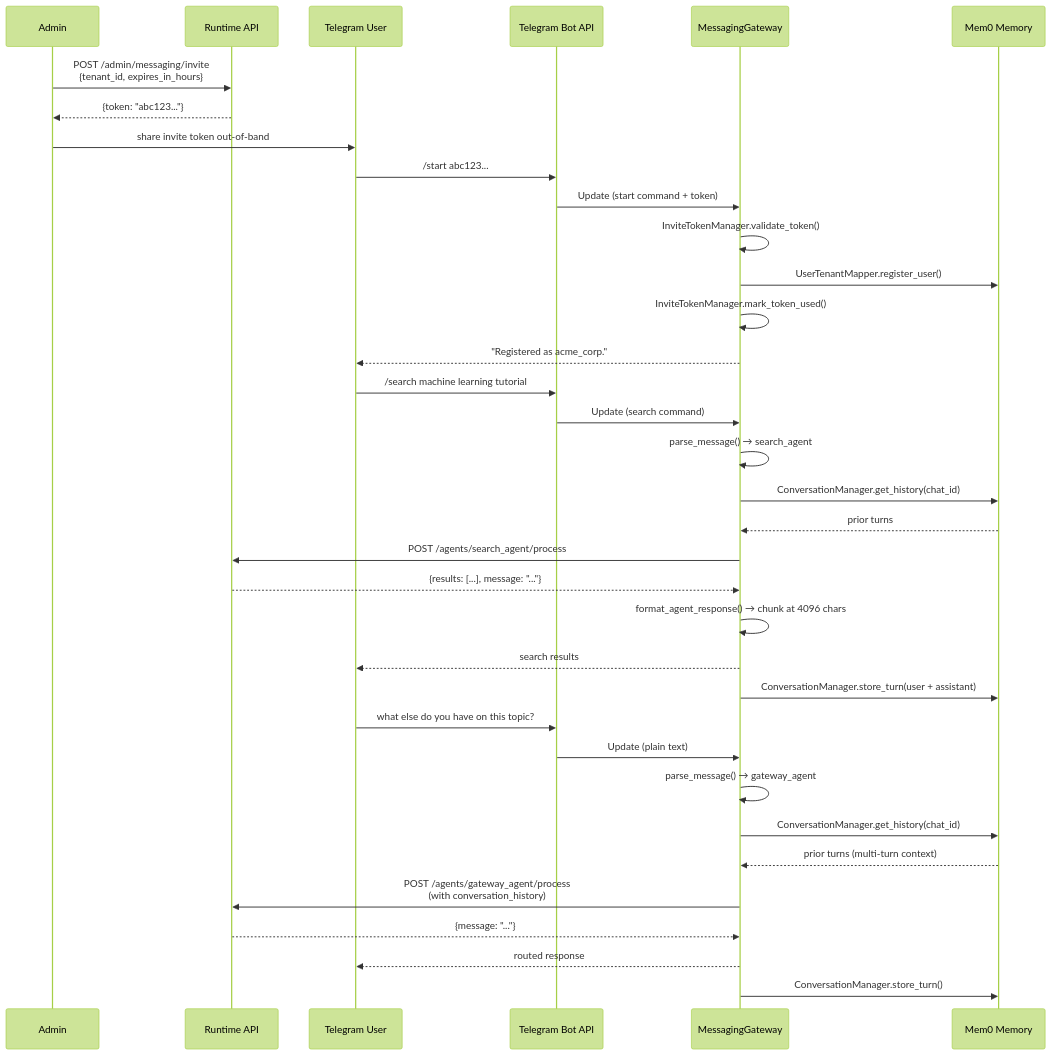
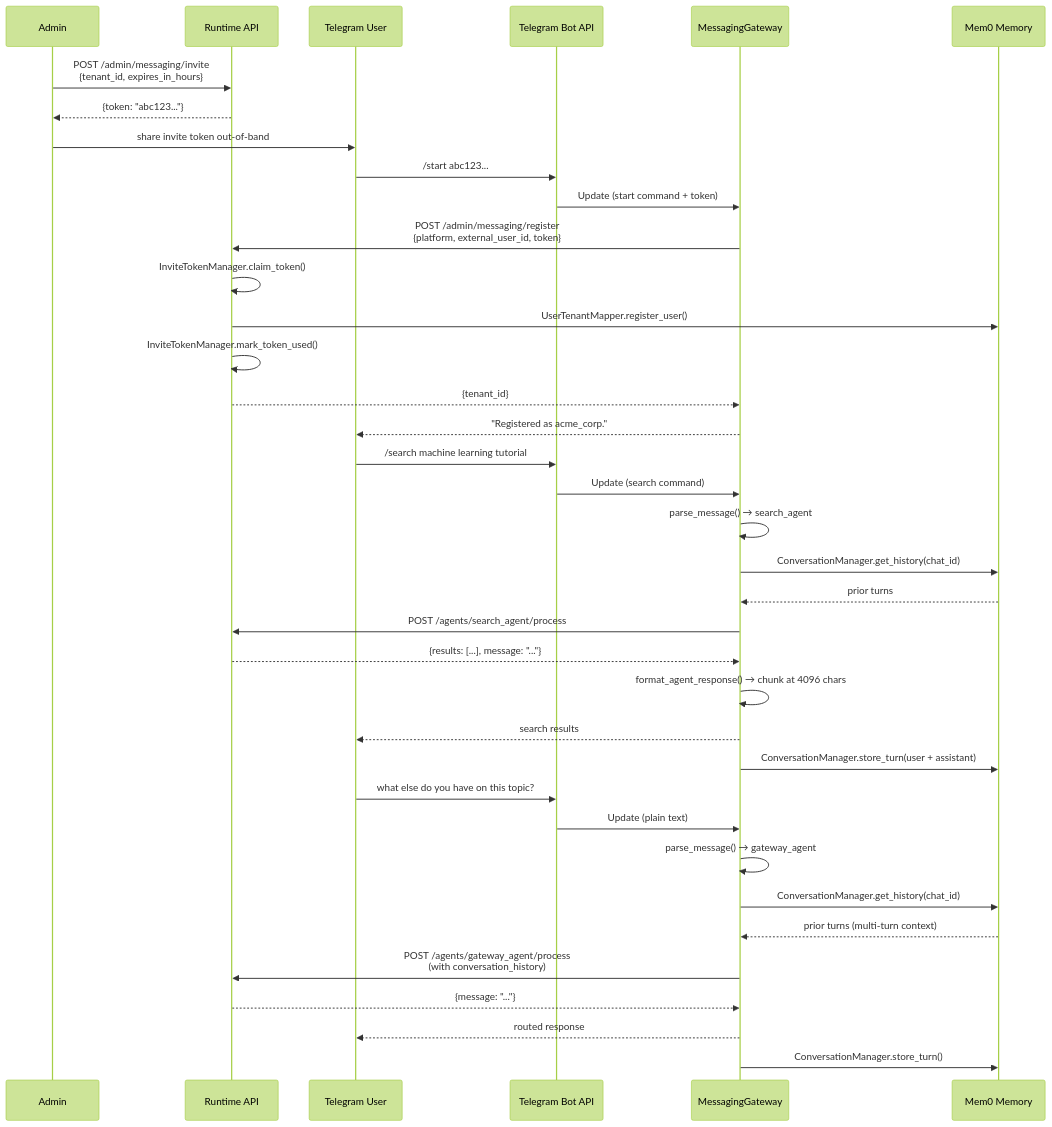
The second of 3 diagrams in docs/USER_GUIDE.md (amit-jain/cogniverse), drawn with Mermaid (forest theme) before and after one commit. The commit also changed other lines of this file and 7 other files, not shown here.

````diff
--- a/docs/USER_GUIDE.md
+++ b/docs/USER_GUIDE.md
@@ -867,41 +867,43 @@
 ```mermaid
 sequenceDiagram
     participant ADM as Admin
     participant RT as Runtime API
     participant USR as Telegram User
     participant BOT as Telegram Bot API
     participant GW as MessagingGateway
     participant MEM as Mem0 Memory
 
     ADM->>RT: POST /admin/messaging/invite<br/>{tenant_id, expires_in_hours}
     RT-->>ADM: {token: "abc123..."}
     ADM->>USR: share invite token out-of-band
 
     USR->>BOT: /start abc123...
     BOT->>GW: Update (start command + token)
-    GW->>GW: InviteTokenManager.validate_token()
-    GW->>MEM: UserTenantMapper.register_user()
-    GW->>GW: InviteTokenManager.mark_token_used()
+    GW->>RT: POST /admin/messaging/register<br/>{platform, external_user_id, token}
+    RT->>RT: InviteTokenManager.claim_token()
+    RT->>MEM: UserTenantMapper.register_user()
+    RT->>RT: InviteTokenManager.mark_token_used()
+    RT-->>GW: {tenant_id}
     GW-->>USR: "Registered as acme_corp."
 
     USR->>BOT: /search machine learning tutorial
     BOT->>GW: Update (search command)
     GW->>GW: parse_message() → search_agent
     GW->>MEM: ConversationManager.get_history(chat_id)
     MEM-->>GW: prior turns
     GW->>RT: POST /agents/search_agent/process
     RT-->>GW: {results: [...], message: "..."}
     GW->>GW: format_agent_response() → chunk at 4096 chars
     GW-->>USR: search results
     GW->>MEM: ConversationManager.store_turn(user + assistant)
 
     USR->>BOT: what else do you have on this topic?
     BOT->>GW: Update (plain text)
     GW->>GW: parse_message() → gateway_agent
     GW->>MEM: ConversationManager.get_history(chat_id)
     MEM-->>GW: prior turns (multi-turn context)
     GW->>RT: POST /agents/gateway_agent/process<br/>(with conversation_history)
     RT-->>GW: {message: "..."}
     GW-->>USR: routed response
     GW->>MEM: ConversationManager.store_turn()
 ```
````
